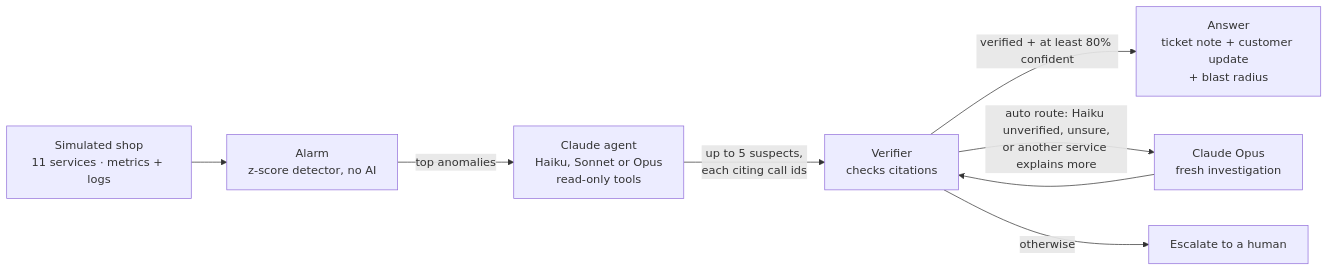
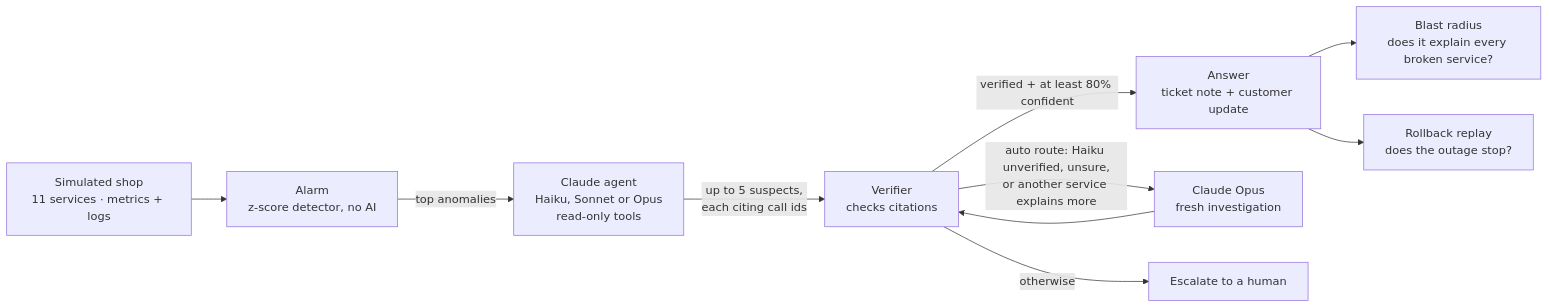
One commit to shaunmortal/sherlog changed the diagram in README.md. Above: the diagram before and after it, drawn with Mermaid. The commit also changed other lines of this file and 1 other file, not shown here.

First line of the commit message:
docs: lead the README and submission with what is new, and add accessibility, reliability and the rollback results

````diff
--- a/README.md
+++ b/README.md
@@ -51,10 +61,12 @@
 ```mermaid
 flowchart LR
     S[Simulated shop<br/>11 services · metrics + logs] --> A[Alarm<br/>z-score detector, no AI]
     A -- top anomalies --> G[Claude agent<br/>Haiku, Sonnet or Opus<br/>read-only tools]
     G -- up to 5 suspects,<br/>each citing call ids --> V[Verifier<br/>checks citations]
-    V -- verified + at least 80% confident --> H[Answer<br/>ticket note + customer update<br/>+ blast radius]
+    V -- verified + at least 80% confident --> H[Answer<br/>ticket note + customer update]
     V -- auto route: Haiku unverified, unsure,<br/>or another service explains more --> O[Claude Opus<br/>fresh investigation]
     O --> V
     V -- otherwise --> E[Escalate to a human]
+    H --> B[Blast radius<br/>does it explain every broken service?]
+    H --> R[Rollback replay<br/>does the outage stop?]
 ```
````
